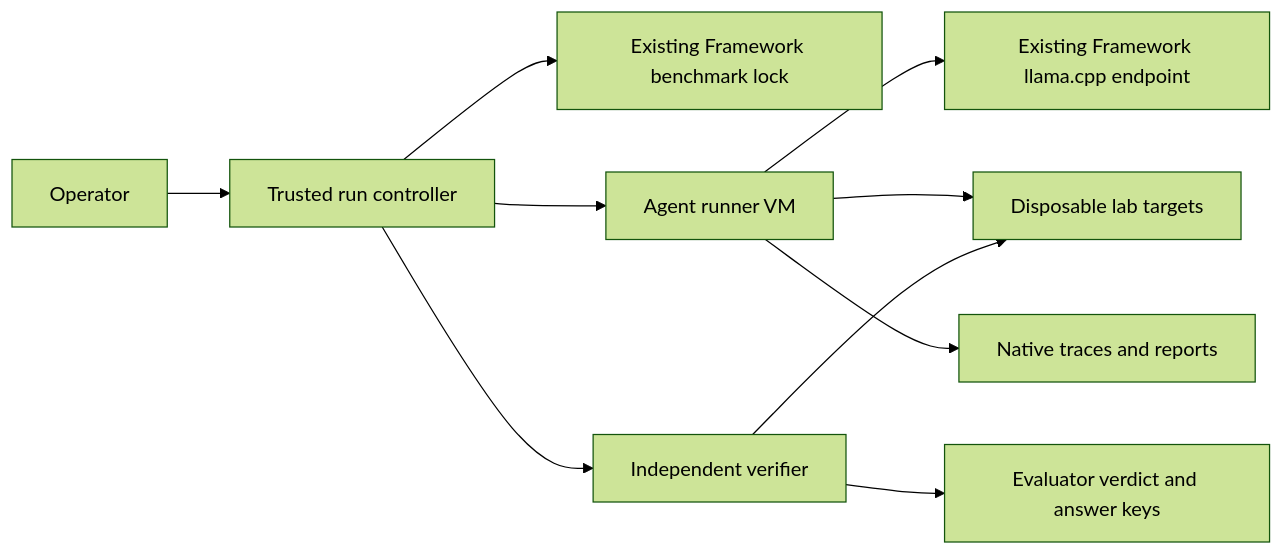
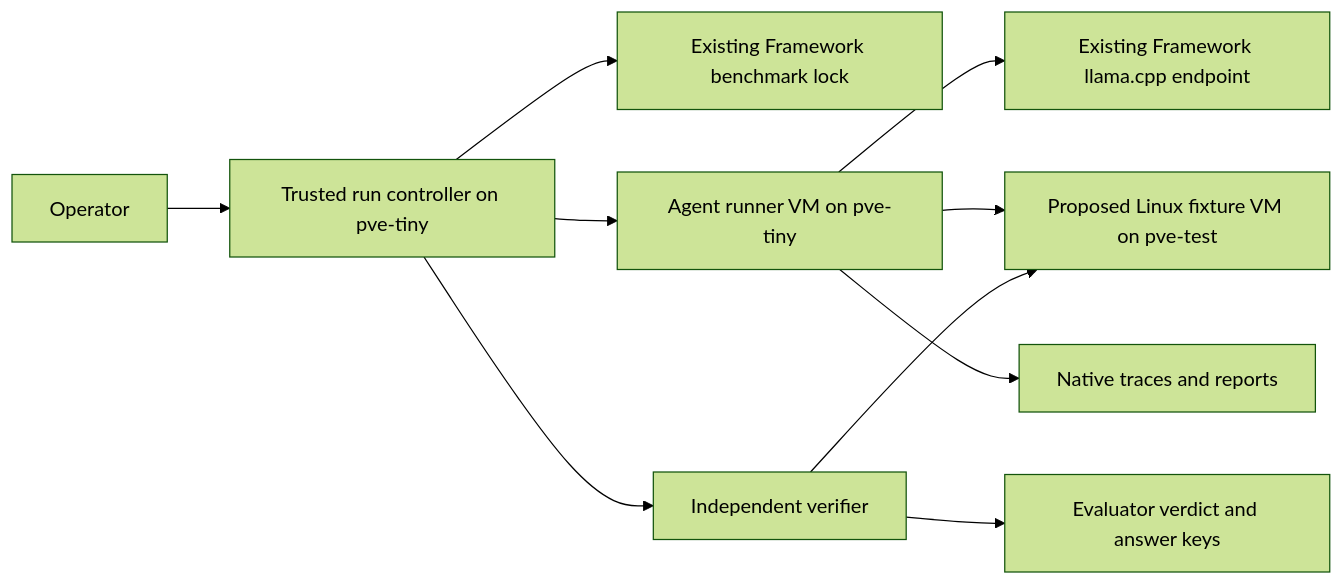
One commit to stevedwray/proxmox-homelab changed the diagram in docs/autonomous-pentesting-lab/design.md. Above: the diagram before and after it, drawn with Mermaid (forest theme). The commit also changed other lines of this file and 2 other files, not shown here.

Commit message:
docs: place pentesting runner on pve-tiny and scope replacement targets

````diff
--- a/docs/autonomous-pentesting-lab/design.md
+++ b/docs/autonomous-pentesting-lab/design.md
@@ -36,12 +44,12 @@
 ```mermaid
 flowchart LR
-    O[Operator] --> C[Trusted run controller]
+    O[Operator] --> C[Trusted run controller on pve-tiny]
     C --> L[Existing Framework benchmark lock]
-    C --> A[Agent runner VM]
+    C --> A[Agent runner VM on pve-tiny]
     A --> I[Existing Framework llama.cpp endpoint]
-    A --> T[Disposable lab targets]
+    A --> T[Proposed Linux fixture VM on pve-test]
     A --> R[Native traces and reports]
     C --> V[Independent verifier]
     V --> T
     V --> E[Evaluator verdict and answer keys]
 ```
````
